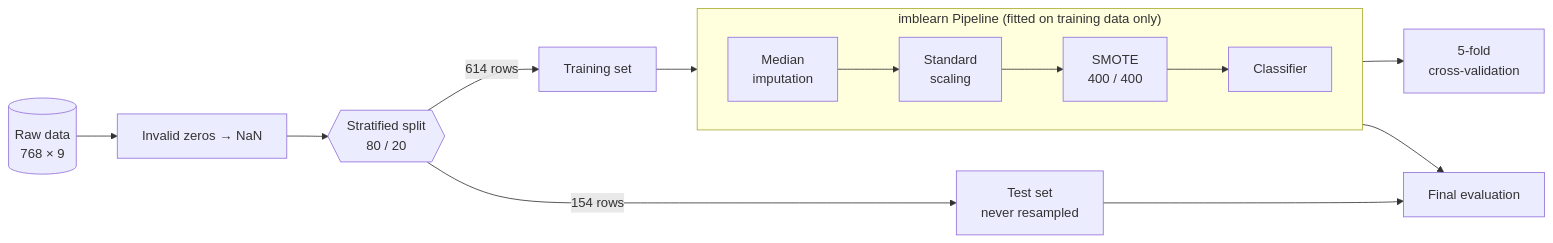
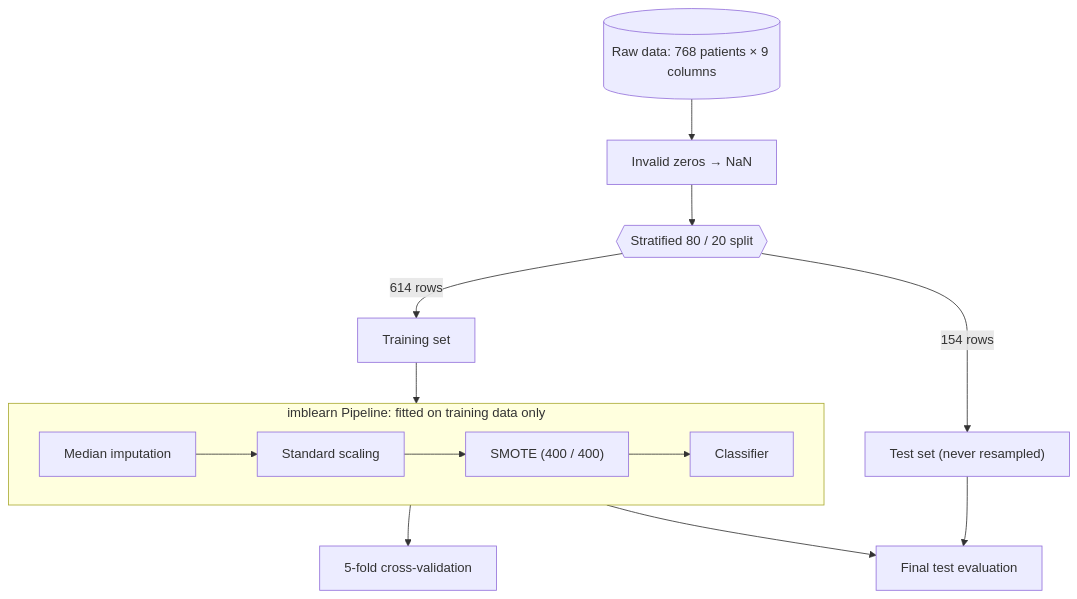
Before and after one commit to hardikjain2005/-Predictive-Analytics-CA-3-Diabetes-Onset-Prediction-Using-Machine-Learning: the diagram in README.md, drawn with Mermaid.

Commit message:
README: top-down pipeline diagram for readability

````diff
--- a/README.md
+++ b/README.md
@@ -128,15 +128,15 @@
 ```mermaid
-flowchart LR
-    A[("Raw data<br/>768 × 9")] --> B["Invalid zeros → NaN"]
-    B --> C{{"Stratified split<br/>80 / 20"}}
+flowchart TD
+    A[("Raw data: 768 patients × 9 columns")] --> B["Invalid zeros → NaN"]
+    B --> C{{"Stratified 80 / 20 split"}}
     C -->|"614 rows"| D["Training set"]
-    C -->|"154 rows"| E["Test set<br/>never resampled"]
-    subgraph P ["imblearn Pipeline (fitted on training data only)"]
+    C -->|"154 rows"| E["Test set (never resampled)"]
+    D --> P
+    subgraph P ["imblearn Pipeline: fitted on training data only"]
         direction LR
-        F["Median<br/>imputation"] --> G["Standard<br/>scaling"] --> H["SMOTE<br/>400 / 400"] --> I["Classifier"]
+        F["Median imputation"] --> G["Standard scaling"] --> H["SMOTE (400 / 400)"] --> I["Classifier"]
     end
-    D --> P
-    P --> J["5-fold<br/>cross-validation"]
-    P --> K["Final evaluation"]
+    P --> J["5-fold cross-validation"]
+    P --> K["Final test evaluation"]
     E --> K
 ```
````
